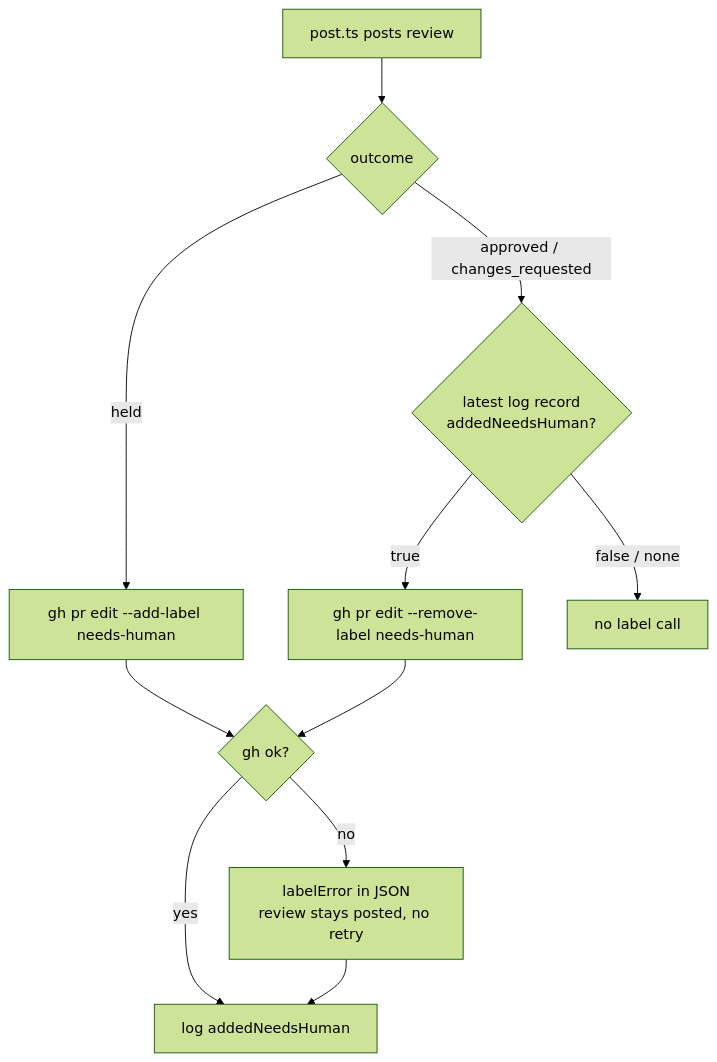
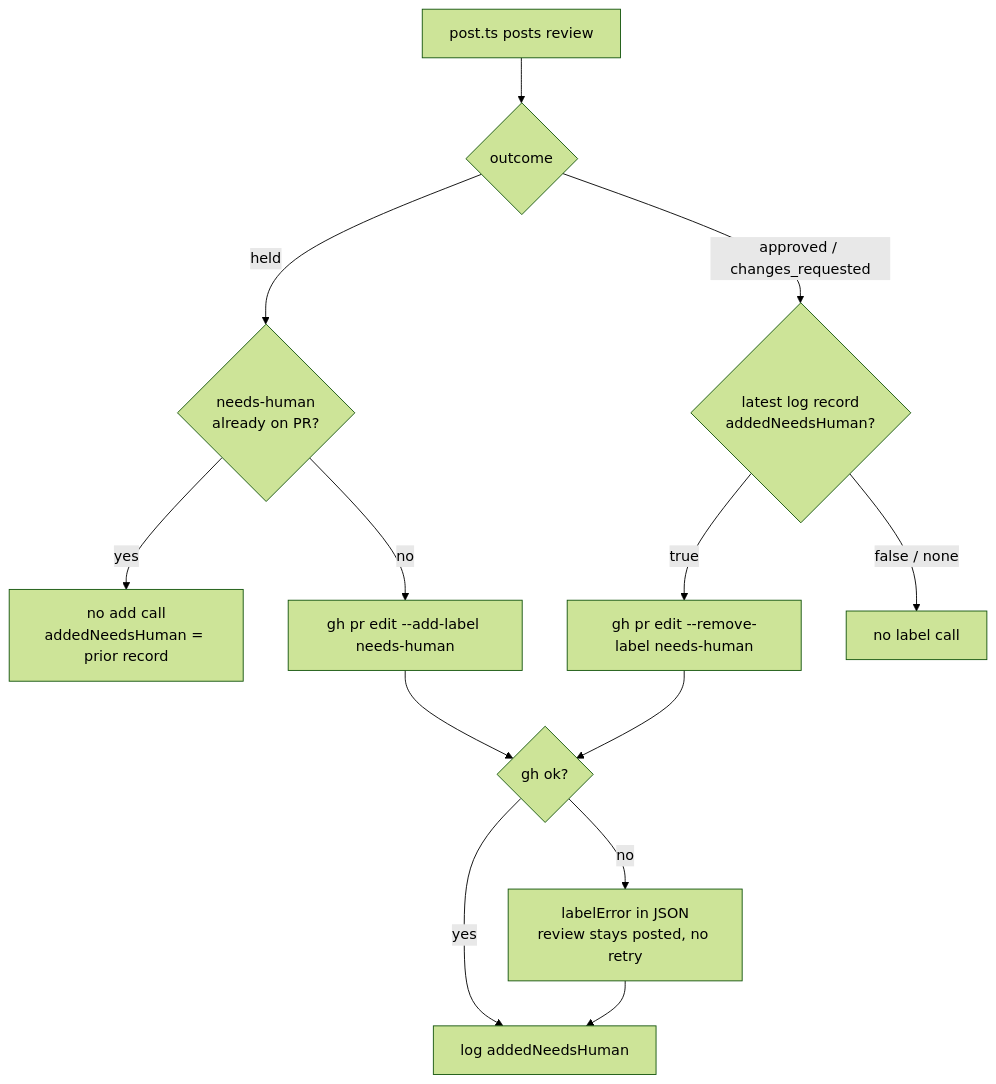
One commit to stSoftwareAU/VibeCoder changed the diagram in docs/archive/pr-summaries/pr-summary-2927.md. Above: the diagram before and after it, drawn with Mermaid (forest theme). The commit also changed other lines of this file and 2 other files, not shown here.

First line of the commit message:
review-fleet-prs: never claim an already-present needs-human label

````diff
--- a/docs/archive/pr-summaries/pr-summary-2927.md
+++ b/docs/archive/pr-summaries/pr-summary-2927.md
@@ -30,13 +38,15 @@
 ```mermaid
 flowchart TD
     P["post.ts posts review"] --> O{outcome}
-    O -->|held| A["gh pr edit --add-label needs-human"]
+    O -->|held| C{"needs-human<br/>already on PR?"}
+    C -->|yes| K["no add call<br/>addedNeedsHuman = prior record"]
+    C -->|no| A["gh pr edit --add-label needs-human"]
     O -->|approved / changes_requested| L{"latest log record<br/>addedNeedsHuman?"}
     L -->|true| R["gh pr edit --remove-label needs-human"]
     L -->|false / none| N["no label call"]
     A --> E{gh ok?}
     R --> E
     E -->|yes| W["log addedNeedsHuman"]
     E -->|no| F["labelError in JSON<br/>review stays posted, no retry"]
     F --> W
 ```
````
